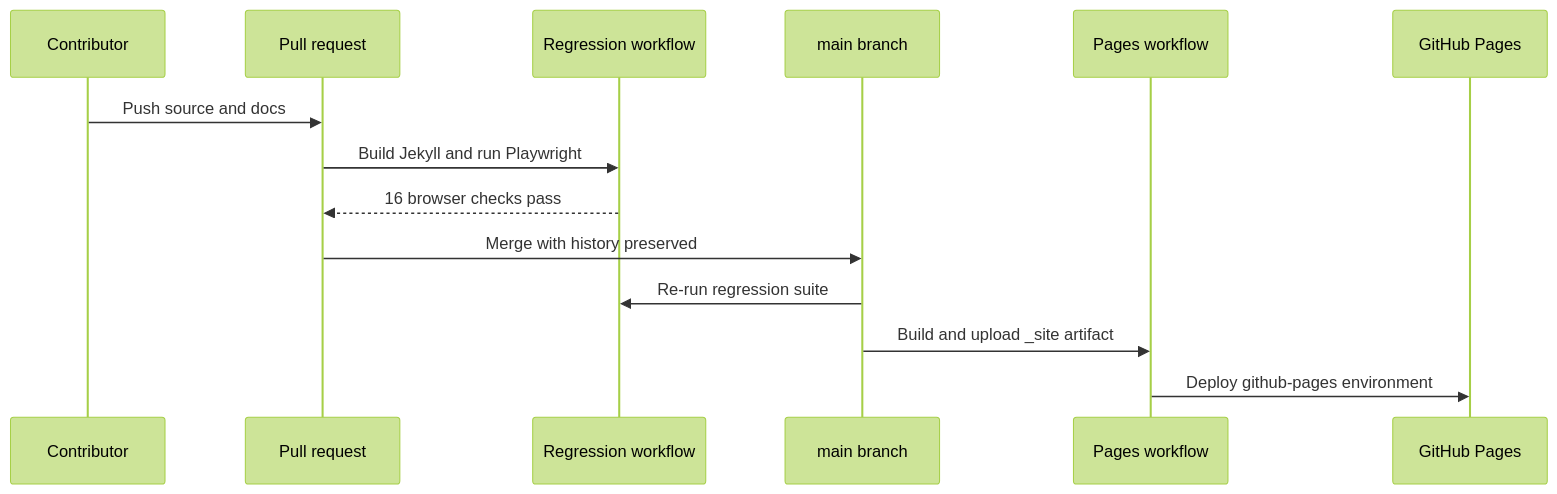
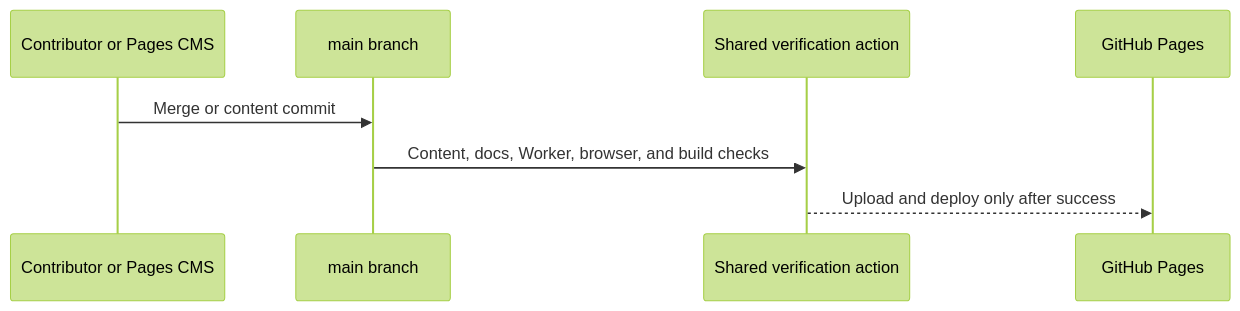
The second of 2 diagrams in docs/ARCHITECTURE.md (aindaco1/zema-landing), drawn with Mermaid (forest theme) before and after one commit. The commit also changed other lines of this file and 60 other files, not shown here.

Commit message:
Add Pages CMS and protected media release pipeline

````diff
--- a/docs/ARCHITECTURE.md
+++ b/docs/ARCHITECTURE.md
@@ -142,16 +174,10 @@
 ```mermaid
 sequenceDiagram
-    participant Dev as Contributor
-    participant PR as Pull request
-    participant CI as Regression workflow
+    participant Editor as Contributor or Pages CMS
     participant Main as main branch
-    participant Pages as Pages workflow
+    participant CI as Shared verification action
     participant CDN as GitHub Pages
-    Dev->>PR: Push source and docs
-    PR->>CI: Build Jekyll and run Playwright
-    CI-->>PR: 16 browser checks pass
-    PR->>Main: Merge with history preserved
-    Main->>CI: Re-run regression suite
-    Main->>Pages: Build and upload _site artifact
-    Pages->>CDN: Deploy github-pages environment
+    Editor->>Main: Merge or content commit
+    Main->>CI: Content, docs, Worker, browser, and build checks
+    CI-->>CDN: Upload and deploy only after success
 ```
````
